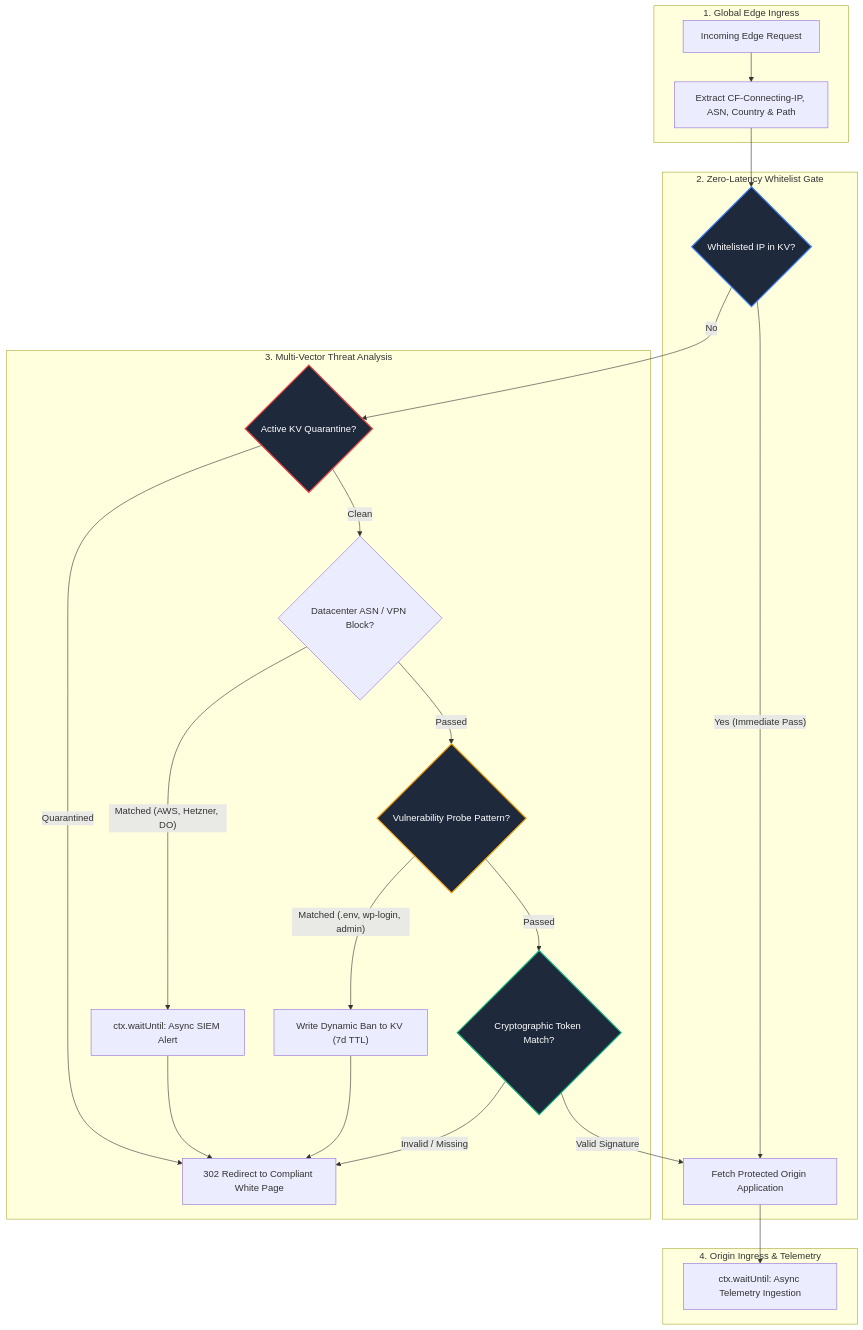
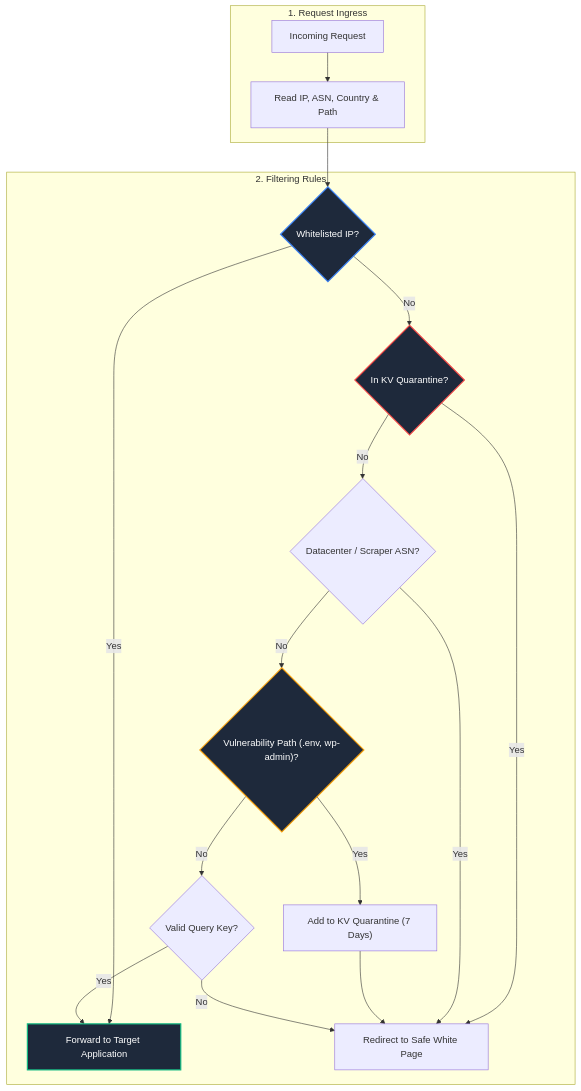
The diagram in README.md (coutinhoicaro/edge-traffic-cloaker-router), drawn with Mermaid before and after one commit. The commit also changed other lines of this file, not shown here.

Commit message:
docs: simplify architecture overview and clarify reference blueprint scope

````diff
--- a/README.md
+++ b/README.md
@@ -30,35 +34,29 @@
 ```mermaid
 flowchart TD
-    subgraph ClientLayer ["1. Global Edge Ingress"]
-        REQ["Incoming Edge Request"] --> IP["Extract CF-Connecting-IP, ASN, Country & Path"]
+    subgraph EdgeEntry ["1. Request Ingress"]
+        REQ["Incoming Request"] --> EXTRACT["Read IP, ASN, Country & Path"]
     end
 
-    subgraph FastPath ["2. Zero-Latency Whitelist Gate"]
-        IP --> WL{"Whitelisted IP in KV?"}
-        WL -- "Yes (Immediate Pass)" --> ORIGIN["Fetch Protected Origin Application"]
-    end
-
-    subgraph SecurityGates ["3. Multi-Vector Threat Analysis"]
-        WL -- "No" --> QCHECK{"Active KV Quarantine?"}
-        QCHECK -- "Quarantined" --> REDIR["302 Redirect to Compliant White Page"]
+    subgraph SecurityChecks ["2. Filtering Rules"]
+        EXTRACT --> WL{"Whitelisted IP?"}
+        WL -- "Yes" --> PASS["Forward to Target Application"]
         
-        QCHECK -- "Clean" --> ASN{"Datacenter ASN / VPN Block?"}
-        ASN -- "Matched (AWS, Hetzner, DO)" --> LOG_ASN["ctx.waitUntil: Async SIEM Alert"] --> REDIR
+        WL -- "No" --> Q{"In KV Quarantine?"}
+        Q -- "Yes" --> REDIR["Redirect to Safe White Page"]
         
-        ASN -- "Passed" --> PROBE{"Vulnerability Probe Pattern?"}
-        PROBE -- "Matched (.env, wp-login, admin)" --> BAN["Write Dynamic Ban to KV (7d TTL)"] --> REDIR
+        Q -- "No" --> ASN{"Datacenter / Scraper ASN?"}
+        ASN -- "Yes" --> REDIR
         
-        PROBE -- "Passed" --> SIG{"Cryptographic Token Match?"}
-        SIG -- "Invalid / Missing" --> REDIR
-    end
-
-    subgraph OriginPass ["4. Origin Ingress & Telemetry"]
-        SIG -- "Valid Signature" --> ORIGIN
-        ORIGIN --> ASYNC_TELEMETRY["ctx.waitUntil: Async Telemetry Ingestion"]
+        ASN -- "No" --> PROBE{"Vulnerability Path (.env, wp-admin)?"}
+        PROBE -- "Yes" --> BAN["Add to KV Quarantine (7 Days)"] --> REDIR
+        
+        PROBE -- "No" --> SIG{"Valid Query Key?"}
+        SIG -- "No" --> REDIR
+        SIG -- "Yes" --> PASS
     end
 
     style WL fill:#1e293b,stroke:#3b82f6,stroke-width:2px,color:#fff
-    style QCHECK fill:#1e293b,stroke:#ef4444,stroke-width:2px,color:#fff
+    style Q fill:#1e293b,stroke:#ef4444,stroke-width:2px,color:#fff
     style PROBE fill:#1e293b,stroke:#f59e0b,stroke-width:2px,color:#fff
-    style SIG fill:#1e293b,stroke:#10b981,stroke-width:2px,color:#fff
+    style PASS fill:#1e293b,stroke:#10b981,stroke-width:2px,color:#fff
 ```
````
